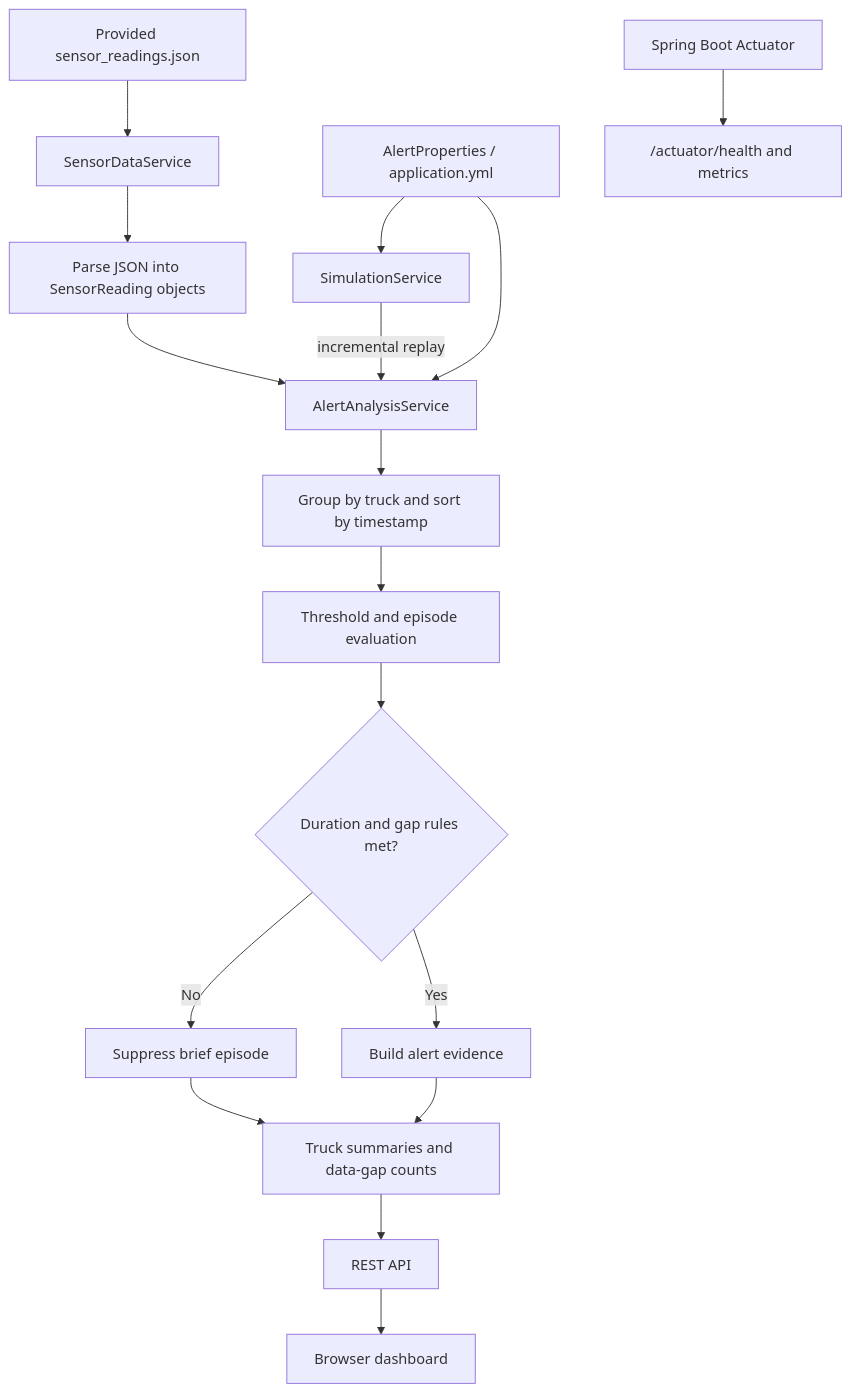
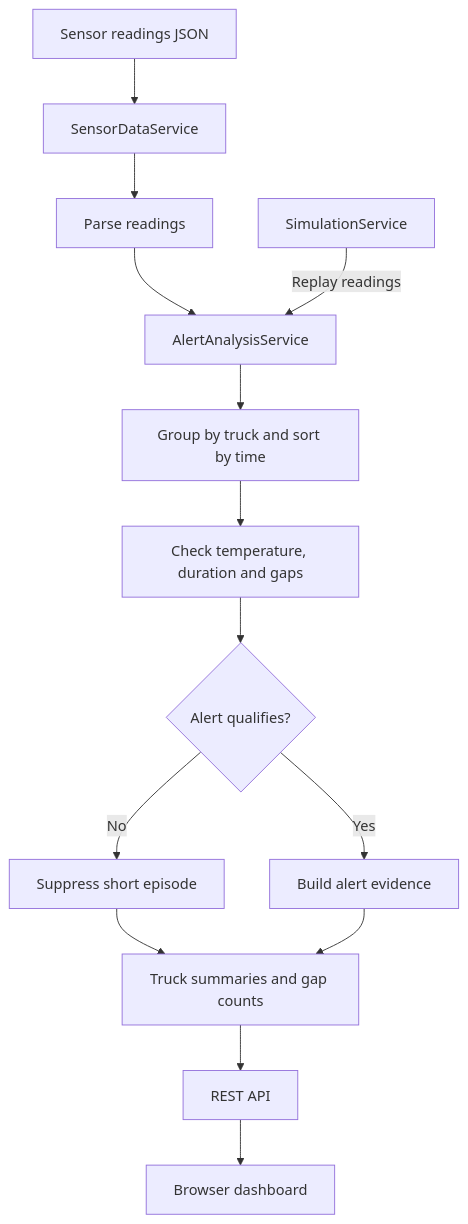
One commit to kuldeepgouranna-git/case-study changed the first of 2 diagrams in SOLUTION.md. Above: the diagram before and after it, drawn with Mermaid. The commit also changed other lines of this file and 16 other files, not shown here.

````diff
--- a/SOLUTION.md
+++ b/SOLUTION.md
@@ -27,19 +49,16 @@
-```mermaid
+``` mermaid
 flowchart TD
-    A[Provided sensor_readings.json] --> B[SensorDataService]
-    B --> C[Parse JSON into SensorReading objects]
-    C --> D[AlertAnalysisService]
-    D --> E[Group by truck and sort by timestamp]
-    E --> F[Threshold and episode evaluation]
-    F --> G{Duration and gap rules met?}
-    G -- No --> H[Suppress brief episode]
-    G -- Yes --> I[Build alert evidence]
-    H --> J[Truck summaries and data-gap counts]
+    A["Sensor readings JSON"] --> B["SensorDataService"]
+    B --> C["Parse readings"]
+    C --> D["AlertAnalysisService"]
+    D --> E["Group by truck and sort by time"]
+    E --> F["Check temperature, duration and gaps"]
+    F --> G{"Alert qualifies?"}
+    G -->|No| H["Suppress short episode"]
+    G -->|Yes| I["Build alert evidence"]
+    H --> J["Truck summaries and gap counts"]
     I --> J
-    J --> K[REST API]
-    K --> L[Browser dashboard]
-    M[SimulationService] -->|incremental replay| D
-    N[AlertProperties / application.yml] --> D
-    N --> M
-    O[Spring Boot Actuator] --> P["/actuator/health and metrics"]
+    J --> K["REST API"]
+    K --> L["Browser dashboard"]
+    M["SimulationService"] -->|Replay readings| D
 ```
````
